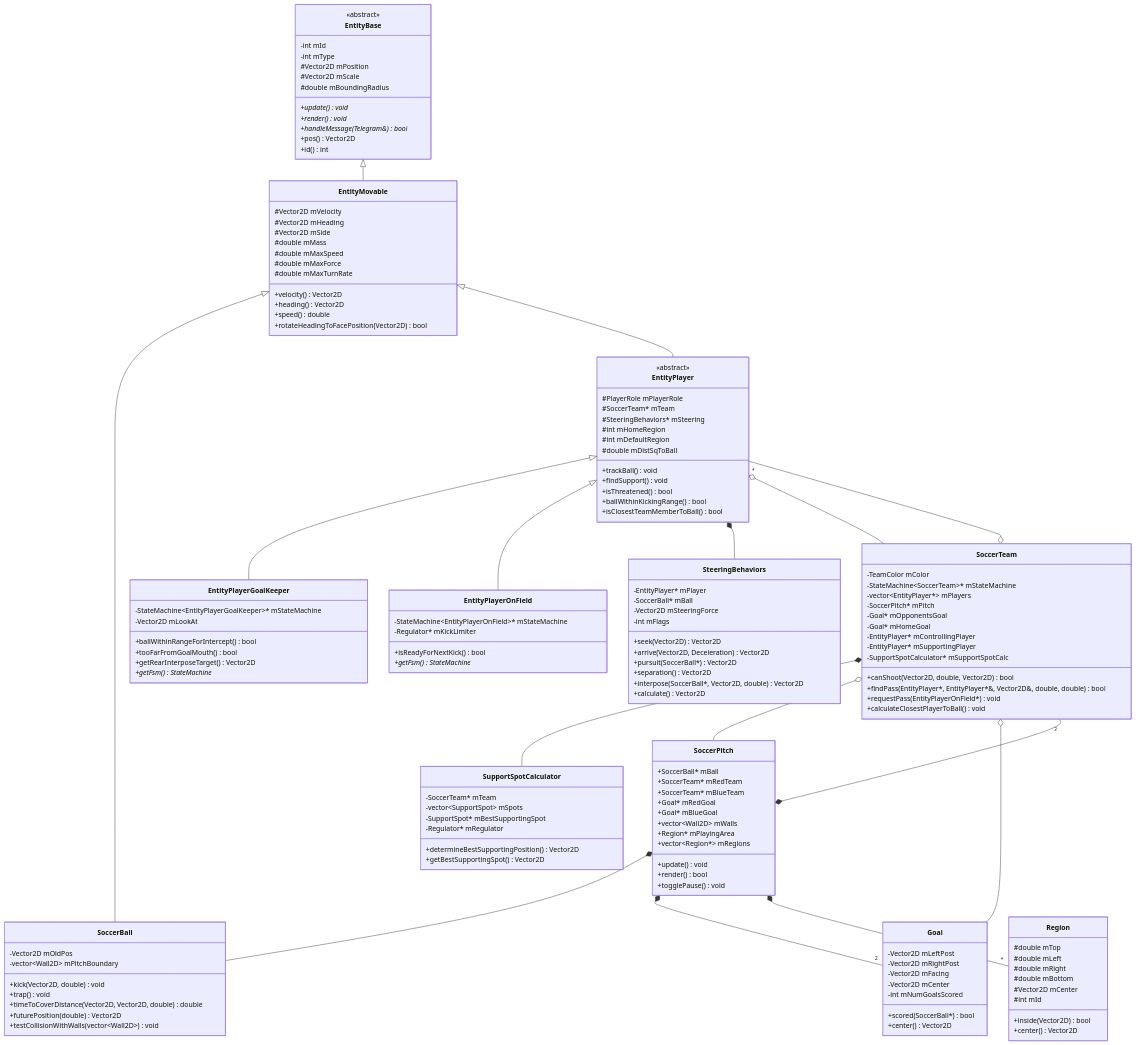
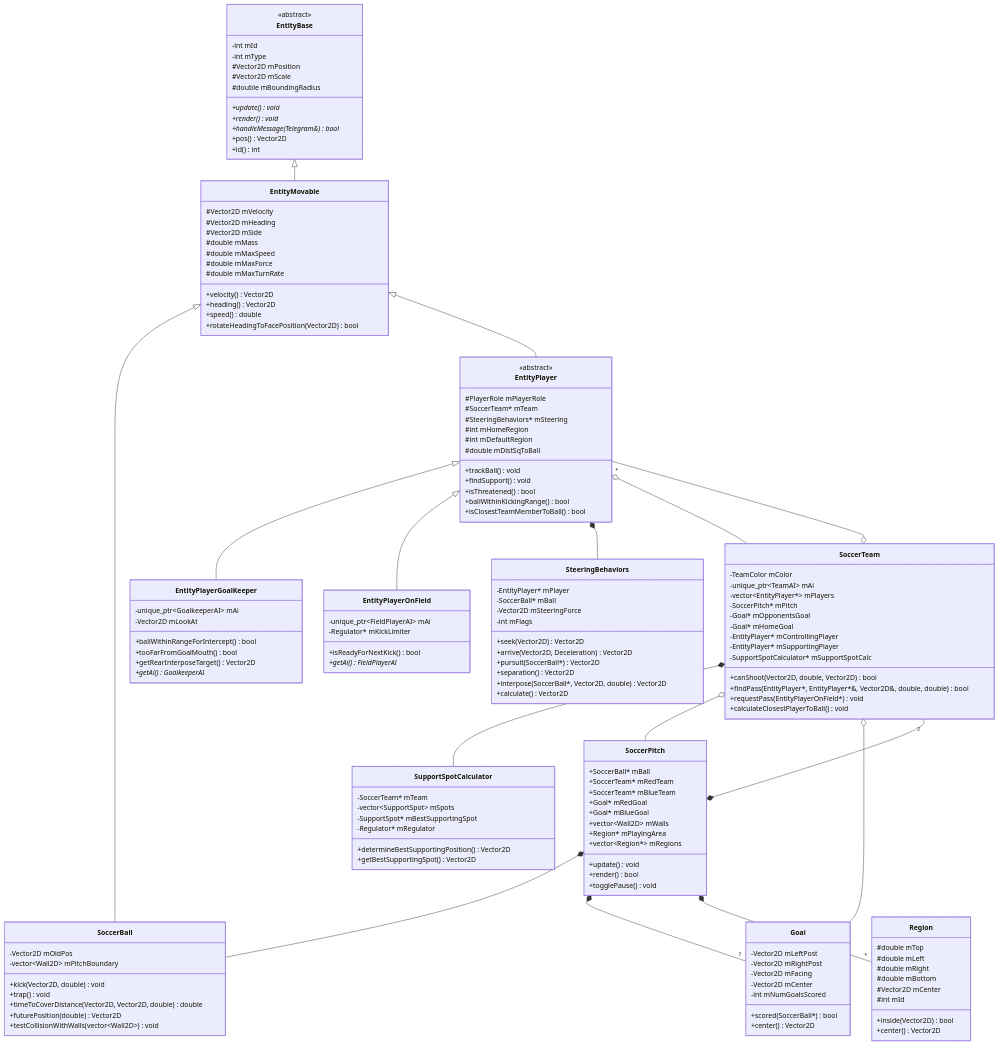
One commit to blizzardinto/fsm changed the first of 7 diagrams in DESIGN.md. Above: the diagram before and after it, drawn with Mermaid. The commit also changed other lines of this file and 88 other files, not shown here.

```diff
--- a/DESIGN.md
+++ b/DESIGN.md
@@ -134,19 +134,19 @@
     }
 
     class EntityPlayerGoalKeeper {
-        -StateMachine~EntityPlayerGoalKeeper~* mStateMachine
+        -unique_ptr~GoalkeeperAI~ mAi
         -Vector2D mLookAt
         +ballWithinRangeForIntercept() bool
         +tooFarFromGoalMouth() bool
         +getRearInterposeTarget() Vector2D
-        +getFsm() StateMachine*
+        +getAi() GoalkeeperAI*
     }
 
     class EntityPlayerOnField {
-        -StateMachine~EntityPlayerOnField~* mStateMachine
+        -unique_ptr~FieldPlayerAI~ mAi
         -Regulator* mKickLimiter
         +isReadyForNextKick() bool
-        +getFsm() StateMachine*
+        +getAi() FieldPlayerAI*
     }
 
     class SteeringBehaviors {
@@ -164,7 +164,7 @@
 
     class SoccerTeam {
         -TeamColor mColor
-        -StateMachine~SoccerTeam~* mStateMachine
+        -unique_ptr~TeamAI~ mAi
         -vector~EntityPlayer*~ mPlayers
         -SoccerPitch* mPitch
         -Goal* mOpponentsGoal
```
